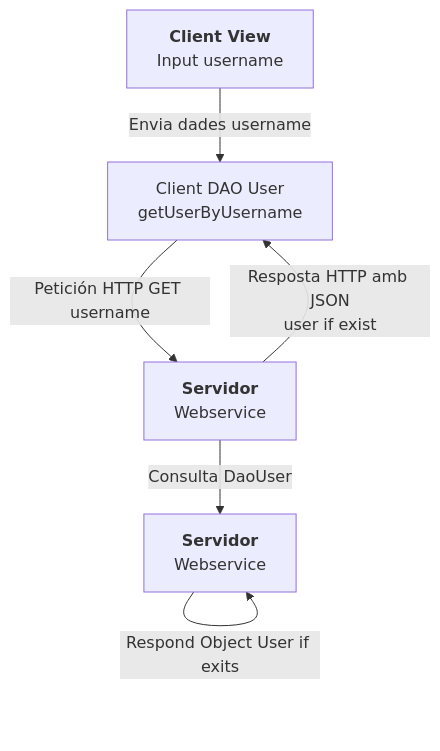
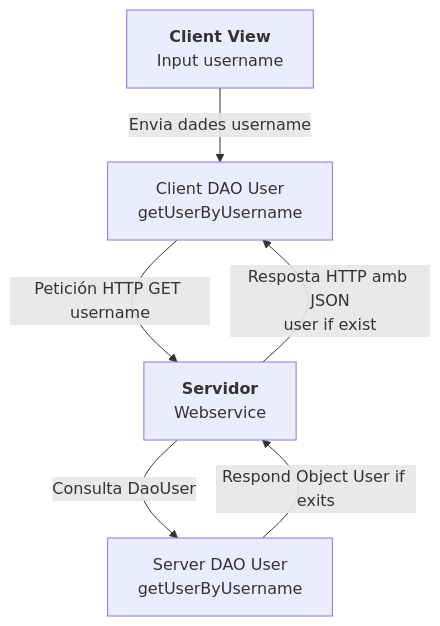
Before and after one commit to mactiburon/tapatapp: the diagram in DiagramaPrototip1.mermaid, drawn with Mermaid.

Commit message:
DiagramaPrototip1.mermaid

```diff
--- a/DiagramaPrototip1.mermaid
+++ b/DiagramaPrototip1.mermaid
@@ -1,6 +1,6 @@
 flowchart TD
     A[<b>Client View</b> <br> Input username] -->|Envia dades username| B[Client DAO User<br> getUserByUsername]
     B -->|Petición HTTP GET username| C[<b>Servidor</b> <br> Webservice]
     C -->|Resposta HTTP amb JSON<br>user if exist| B
     C -->|Consulta DaoUser| D[Server DAO User<br> getUserByUsername]
-    D -->|Respond Object User if exits| D[<b>Servidor</b> <br> Webservice]
+    D -->|Respond Object User if exits| C
```
